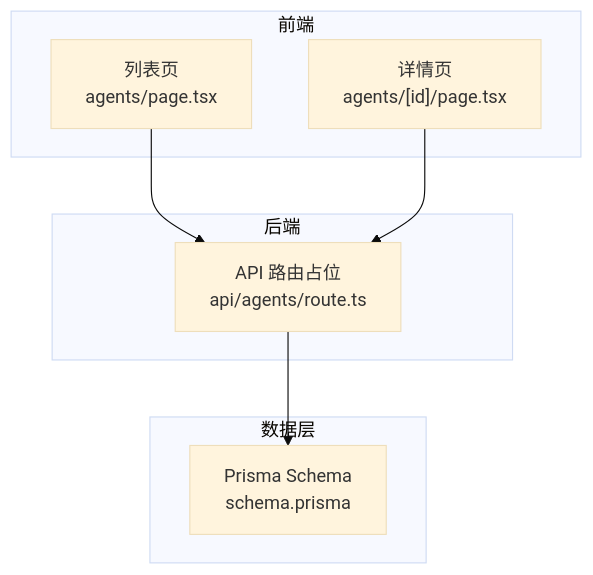
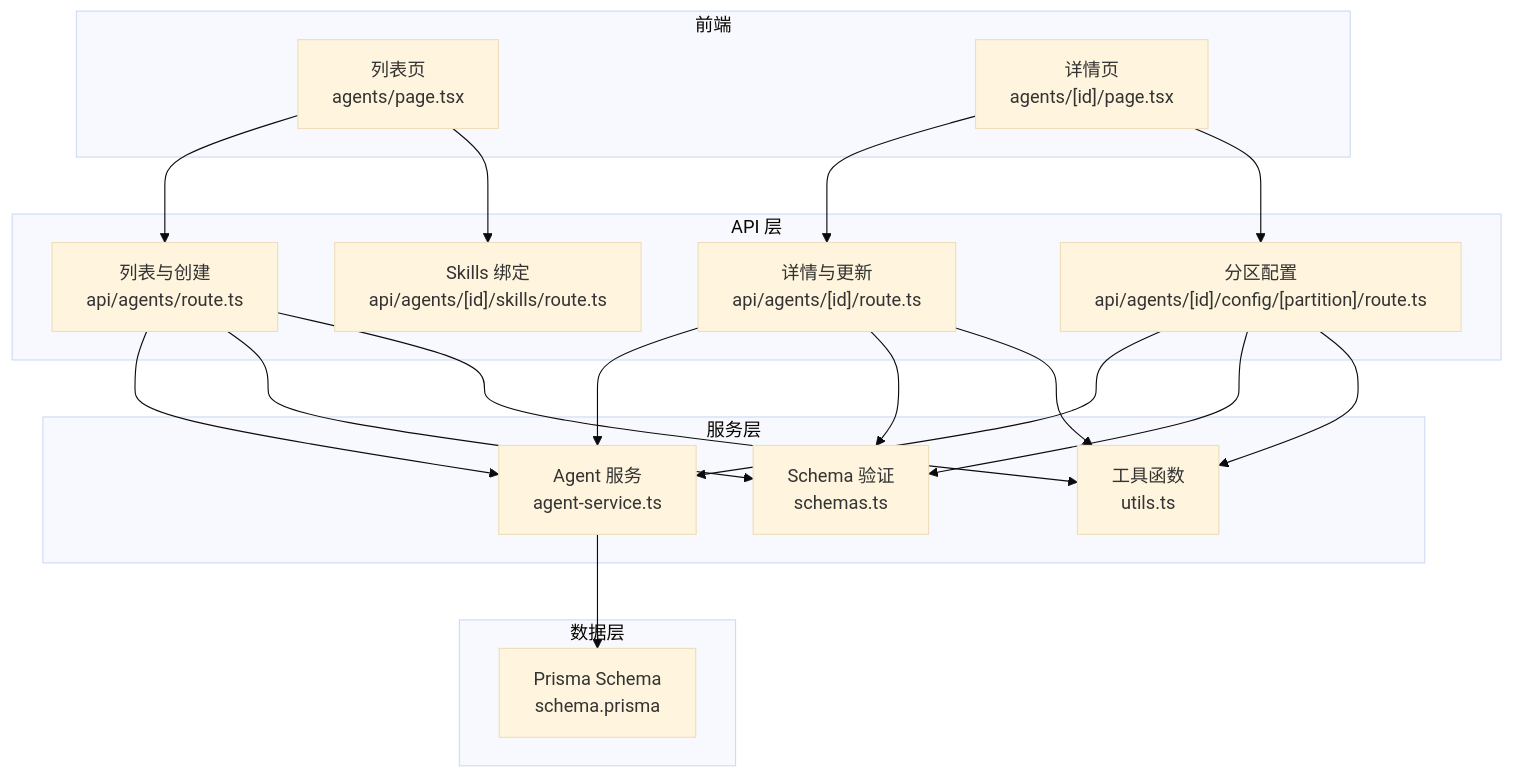
The first of 6 diagrams in .qoder/repowiki/zh/content/功能模块/Agent 管理.md (ai-guru-global/agent-up), drawn with Mermaid (base theme) before and after one commit. The commit also changed other lines of this file and 57 other files, not shown here.

````diff
--- a/.qoder/repowiki/zh/content/功能模块/Agent 管理.md
+++ b/.qoder/repowiki/zh/content/功能模块/Agent 管理.md
@@ -35,16 +51,35 @@
 ```mermaid
 graph TB
 subgraph "前端"
 A["列表页<br/>agents/page.tsx"]
 B["详情页<br/>agents/[id]/page.tsx"]
 end
-subgraph "后端"
-C["API 路由占位<br/>api/agents/route.ts"]
+subgraph "API 层"
+C["列表与创建<br/>api/agents/route.ts"]
+D["详情与更新<br/>api/agents/[id]/route.ts"]
+E["分区配置<br/>api/agents/[id]/config/[partition]/route.ts"]
+F["Skills 绑定<br/>api/agents/[id]/skills/route.ts"]
+end
+subgraph "服务层"
+G["Agent 服务<br/>agent-service.ts"]
+H["Schema 验证<br/>schemas.ts"]
+I["工具函数<br/>utils.ts"]
 end
 subgraph "数据层"
-D["Prisma Schema<br/>schema.prisma"]
+J["Prisma Schema<br/>schema.prisma"]
 end
 A --> C
-B --> C
-C --> D
+B --> D
+B --> E
+A --> F
+C --> G
+D --> G
+E --> G
+G --> J
+C --> H
+D --> H
+E --> H
+C --> I
+D --> I
+E --> I
 ```
````
